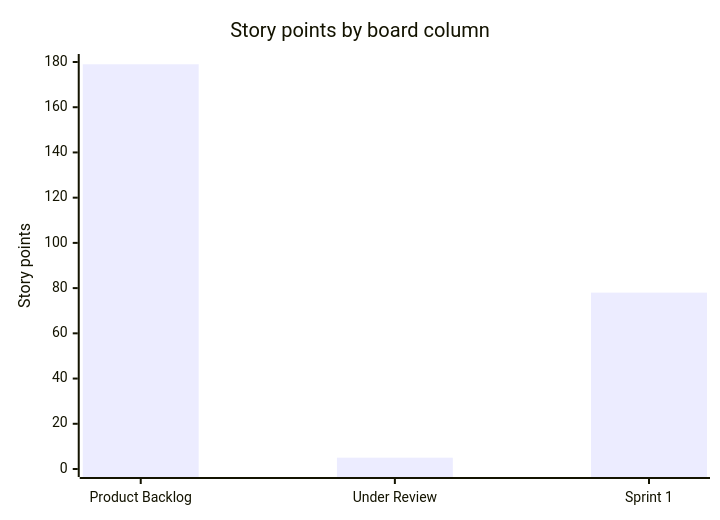
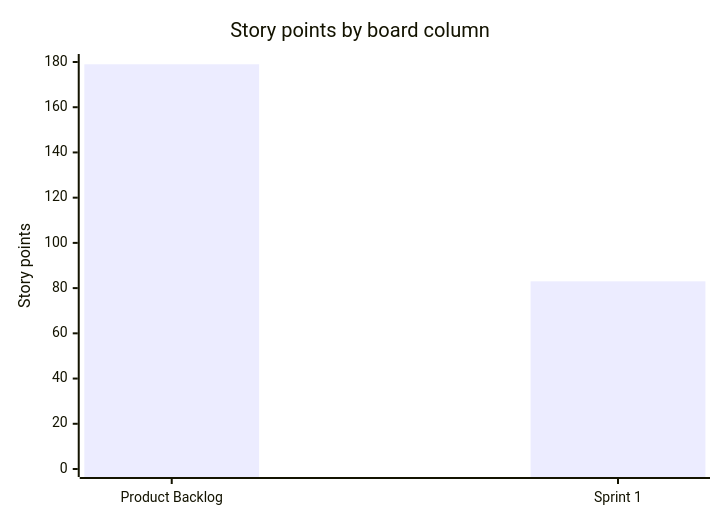
The first of 5 diagrams in docs/sprint1/process/process-documentation-and-insights.md (ZichuanW15/yoir_sample), drawn with Mermaid before and after one commit. The commit also changed other lines of this file, not shown here.

First line of the commit message:
docs(sprint1): refresh board insights for 30 Aug 2026

````diff
--- a/docs/sprint1/process/process-documentation-and-insights.md
+++ b/docs/sprint1/process/process-documentation-and-insights.md
@@ -104,7 +104,7 @@
 ```mermaid
 xychart-beta
     title "Story points by board column"
-    x-axis ["Product Backlog", "Under Review", "Sprint 1"]
+    x-axis ["Product Backlog", "Sprint 1"]
     y-axis "Story points" 0 --> 180
-    bar [179, 5, 78]
+    bar [179, 83]
 ```
````
